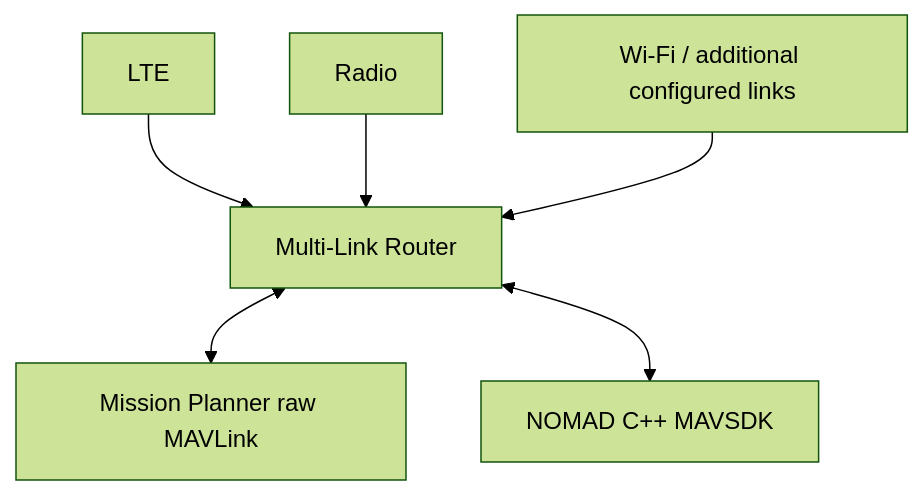
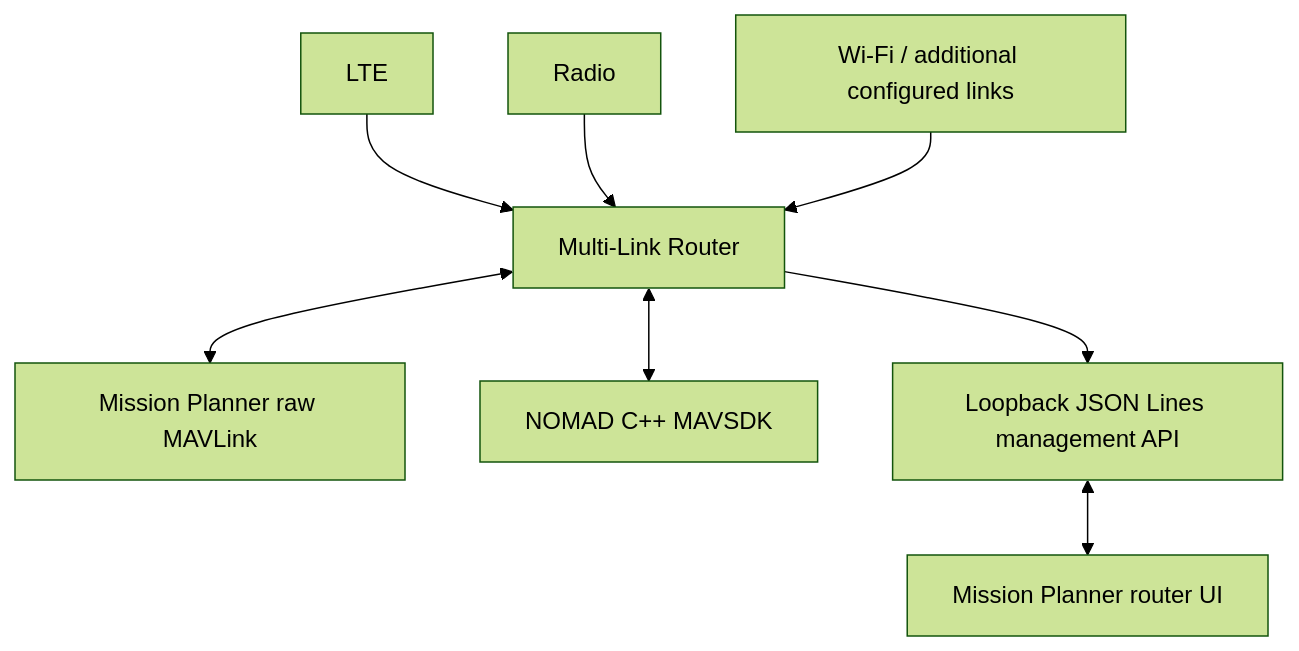
The second of 3 diagrams in docs/architecture.md (YoussGm3o8/NOMAD), drawn with Mermaid (forest theme) before and after one commit. The commit also changed other lines of this file and 34 other files, not shown here.

Commit message:
[transport,mission-planner] Add standalone router management API

````diff
--- a/docs/architecture.md
+++ b/docs/architecture.md
@@ -441,8 +441,10 @@
 ```mermaid
 flowchart TD
     LTE[LTE] --> ROUTER[Multi-Link Router]
     RADIO[Radio] --> ROUTER
     WIFI[Wi-Fi / additional configured links] --> ROUTER
     ROUTER <--> MP[Mission Planner raw MAVLink]
     ROUTER <--> CORE[NOMAD C++ MAVSDK]
+    ROUTER --> MGMT[Loopback JSON Lines management API]
+    MGMT <--> UI[Mission Planner router UI]
 ```
````
